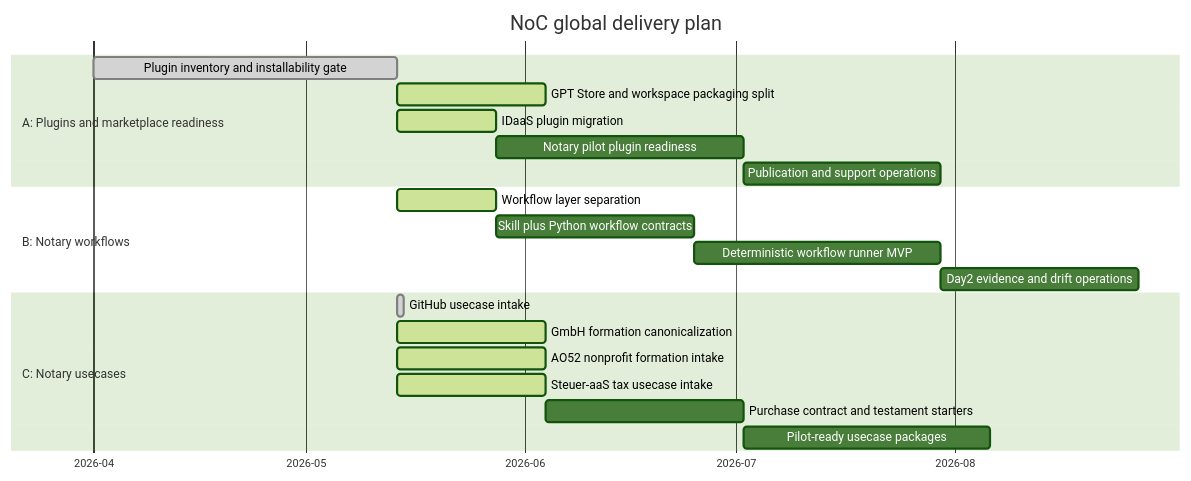
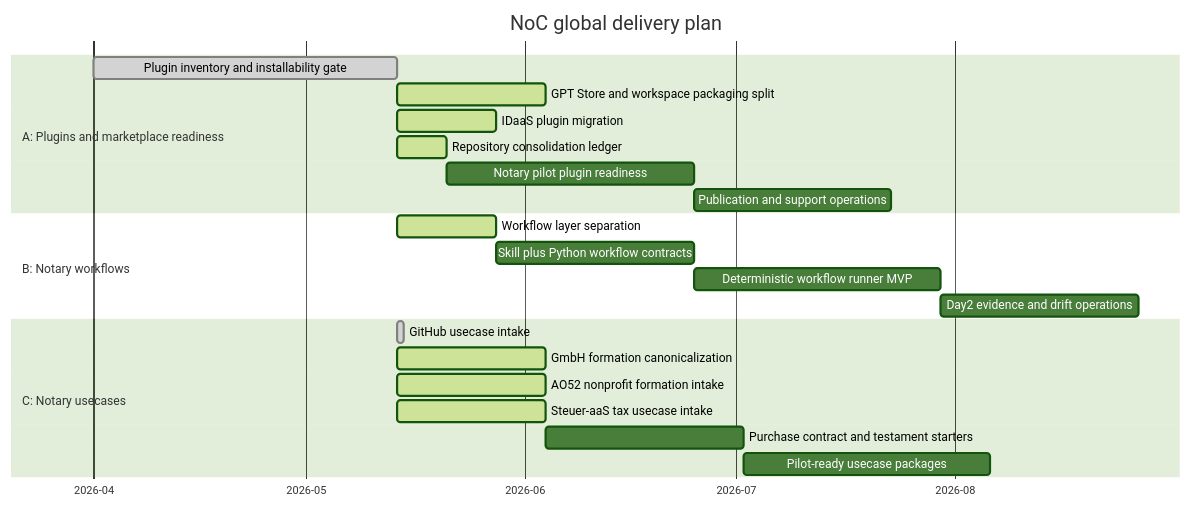
Before and after one commit to notariat8/NaC: the diagram in roadmap/GANTT.md, drawn with Mermaid (forest theme). The commit also changed other lines of this file and 4 other files, not shown here.

Commit message:
Document repository consolidation status

````diff
--- a/roadmap/GANTT.md
+++ b/roadmap/GANTT.md
@@ -12,27 +12,28 @@
 ```mermaid
 gantt
     title NoC global delivery plan
     dateFormat  YYYY-MM-DD
     axisFormat  %Y-%m
 
     section A: Plugins and marketplace readiness
     Plugin inventory and installability gate     :done,    a1, 2026-04-01, 2026-05-14
     GPT Store and workspace packaging split      :active,  a2, 2026-05-14, 21d
     IDaaS plugin migration                       :active,  a3, 2026-05-14, 14d
-    Notary pilot plugin readiness                :         a4, after a3, 35d
-    Publication and support operations           :         a5, after a4, 28d
+    Repository consolidation ledger              :active,  a4, 2026-05-14, 7d
+    Notary pilot plugin readiness                :         a5, after a4, 35d
+    Publication and support operations           :         a6, after a5, 28d
 
     section B: Notary workflows
     Workflow layer separation                    :active,  b1, 2026-05-14, 14d
     Skill plus Python workflow contracts         :         b2, after b1, 28d
     Deterministic workflow runner MVP            :         b3, after b2, 35d
     Day2 evidence and drift operations           :         b4, after b3, 28d
 
     section C: Notary usecases
     GitHub usecase intake                        :done,    c1, 2026-05-14, 1d
     GmbH formation canonicalization              :active,  c2, 2026-05-14, 21d
     AO52 nonprofit formation intake              :active,  c3, 2026-05-14, 21d
     Steuer-aaS tax usecase intake                :active,  c4, 2026-05-14, 21d
     Purchase contract and testament starters     :         c5, after c4, 28d
     Pilot-ready usecase packages                 :         c6, after c5, 35d
 ```
````
